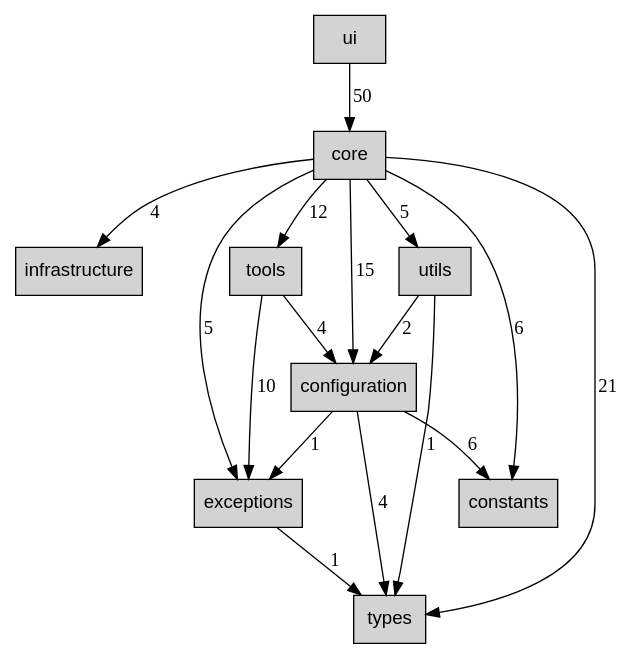
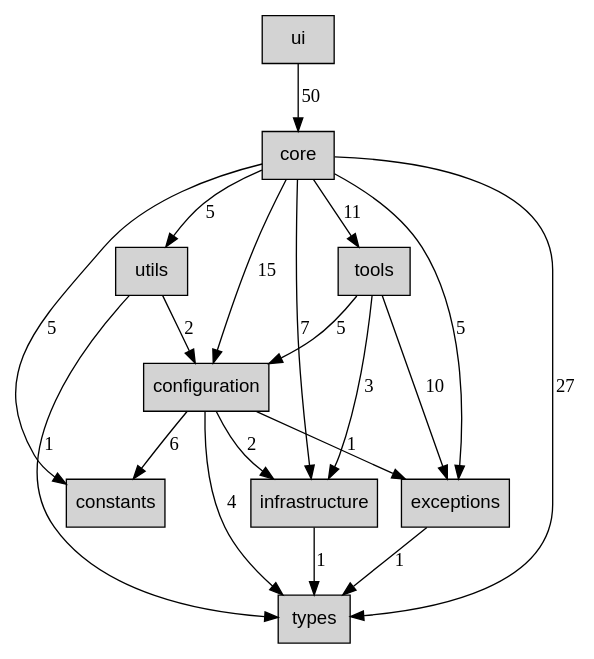
The diagram in docs/architecture/dependencies/DEPENDENCY_LAYERS.dot (alchemiststudiosDOTai/tunacode), drawn with Graphviz before and after one commit. The commit also changed 2 other files, not shown here.

```diff
--- a/docs/architecture/dependencies/DEPENDENCY_LAYERS.dot
+++ b/docs/architecture/dependencies/DEPENDENCY_LAYERS.dot
@@ -1,31 +1,34 @@
 digraph tunacode_layers {
   rankdir=TB;
   node [shape=box, style=filled, fontname=Arial];
 
   ui [label="ui"];
   core [label="core"];
-  infrastructure [label="infrastructure"];
   tools [label="tools"];
   utils [label="utils"];
   configuration [label="configuration"];
   constants [label="constants"];
   exceptions [label="exceptions"];
+  infrastructure [label="infrastructure"];
   types [label="types"];
 
   configuration -> constants [label="6"];
   configuration -> exceptions [label="1"];
+  configuration -> infrastructure [label="2"];
   configuration -> types [label="4"];
   core -> configuration [label="15"];
-  core -> constants [label="6"];
+  core -> constants [label="5"];
   core -> exceptions [label="5"];
-  core -> infrastructure [label="4"];
-  core -> tools [label="12"];
-  core -> types [label="21"];
+  core -> infrastructure [label="7"];
+  core -> tools [label="11"];
+  core -> types [label="27"];
   core -> utils [label="5"];
   exceptions -> types [label="1"];
-  tools -> configuration [label="4"];
+  infrastructure -> types [label="1"];
+  tools -> configuration [label="5"];
   tools -> exceptions [label="10"];
+  tools -> infrastructure [label="3"];
   ui -> core [label="50"];
   utils -> configuration [label="2"];
   utils -> types [label="1"];
 }
```
